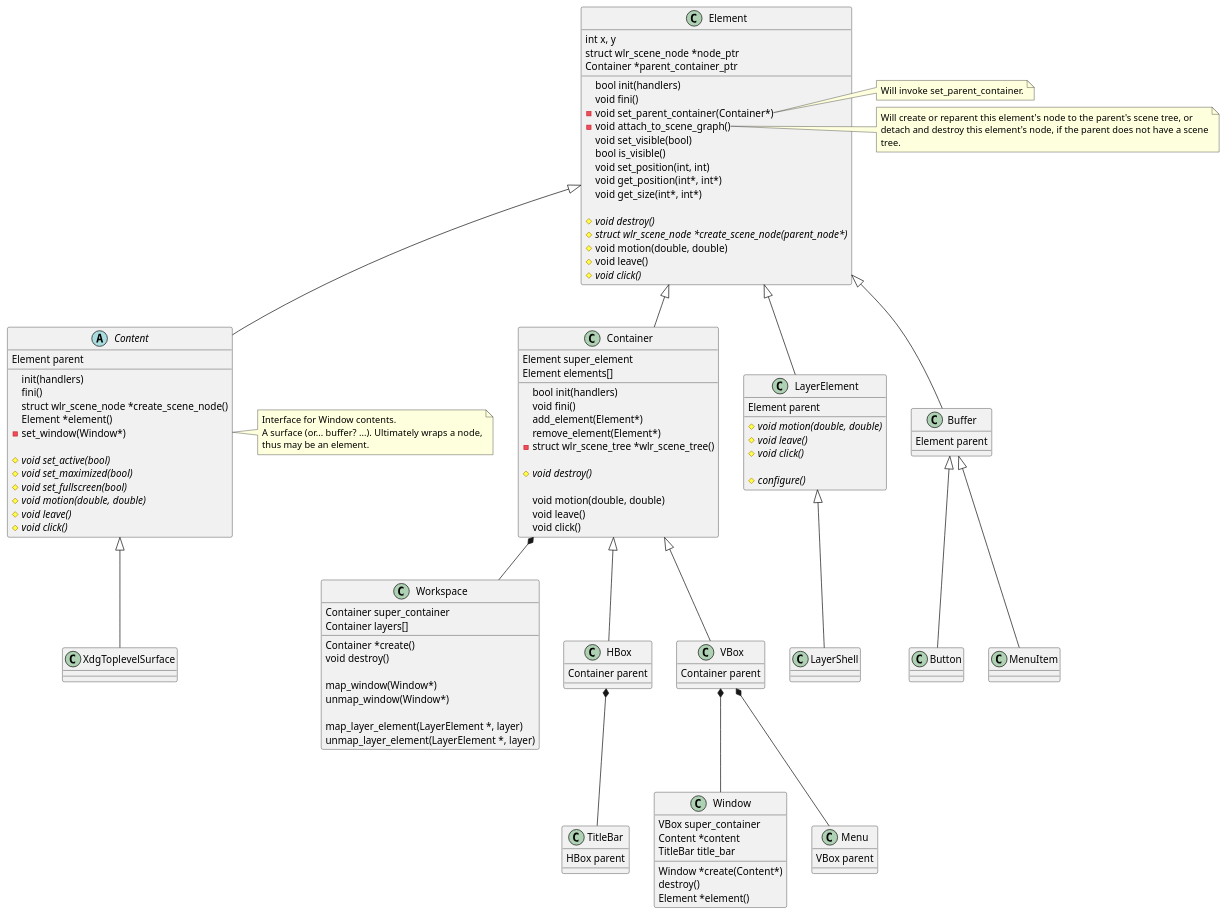
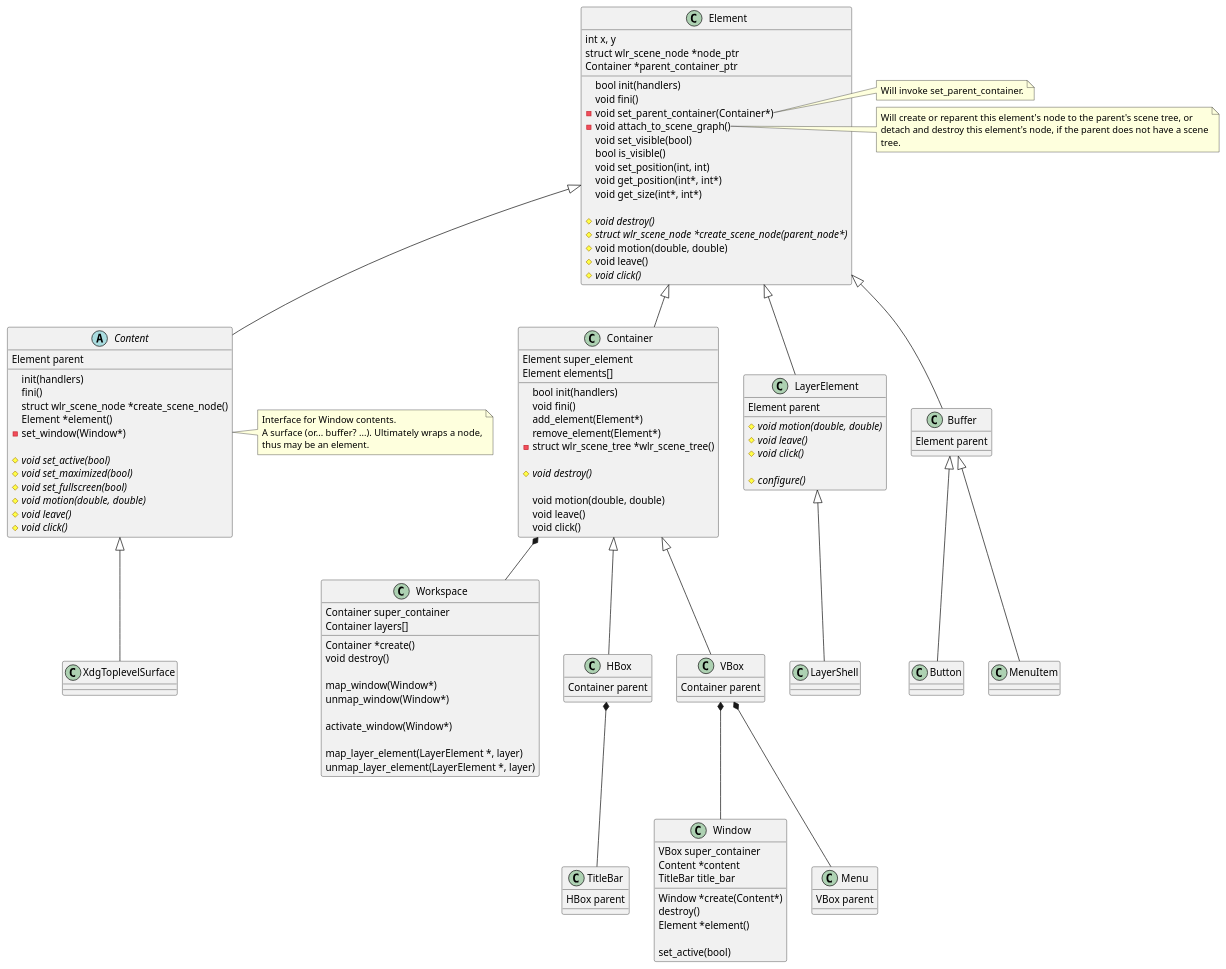
One commit to phkaeser/wlmaker changed the first of 2 diagrams in src/toolkit/toolkit.md. Above: the diagram before and after it, drawn with PlantUML. The commit also changed 4 other files, not shown here.

Commit message:
Adds set_active methods for window and content.

```diff
--- a/src/toolkit/toolkit.md
+++ b/src/toolkit/toolkit.md
@@ -85,6 +85,8 @@
 
   map_window(Window*)
   unmap_window(Window*)
+
+  activate_window(Window*)
 
   map_layer_element(LayerElement *, layer)
   unmap_layer_element(LayerElement *, layer)
@@ -161,6 +163,8 @@
   Window *create(Content*)
   destroy()
   Element *element()
+
+  set_active(bool)
 }
 VBox *-- Window
 
```
